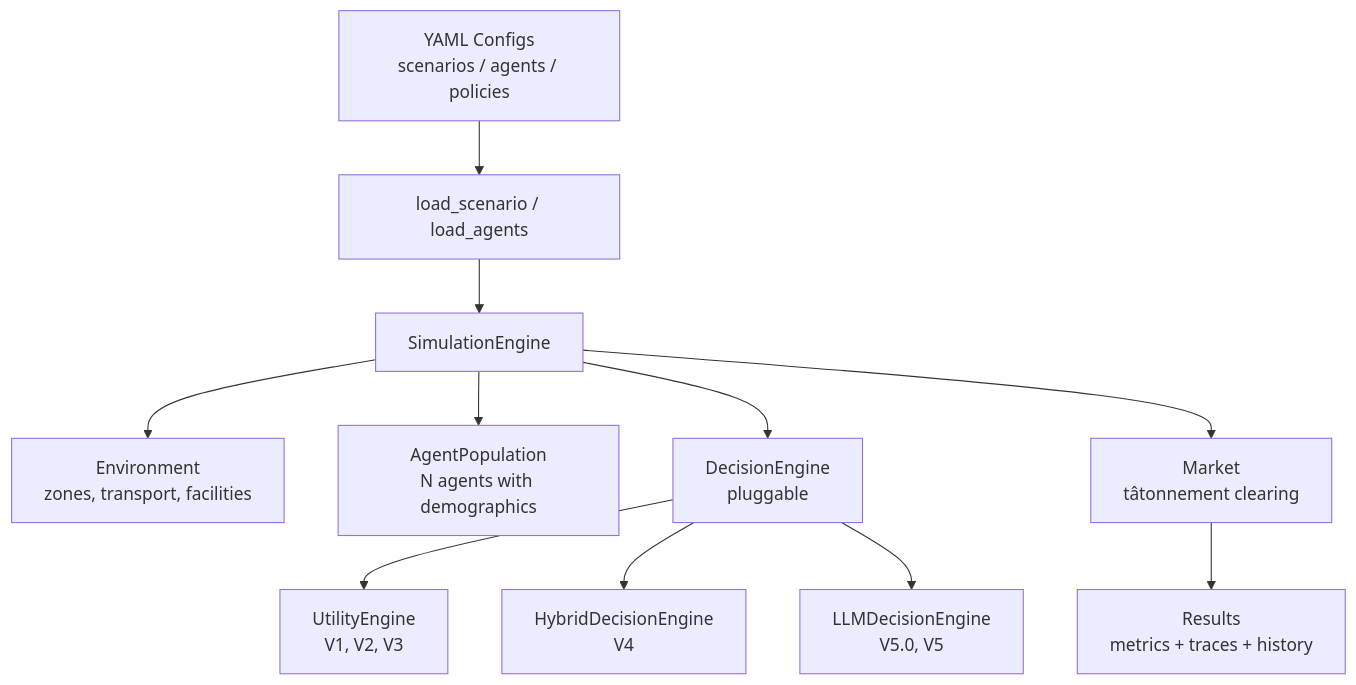
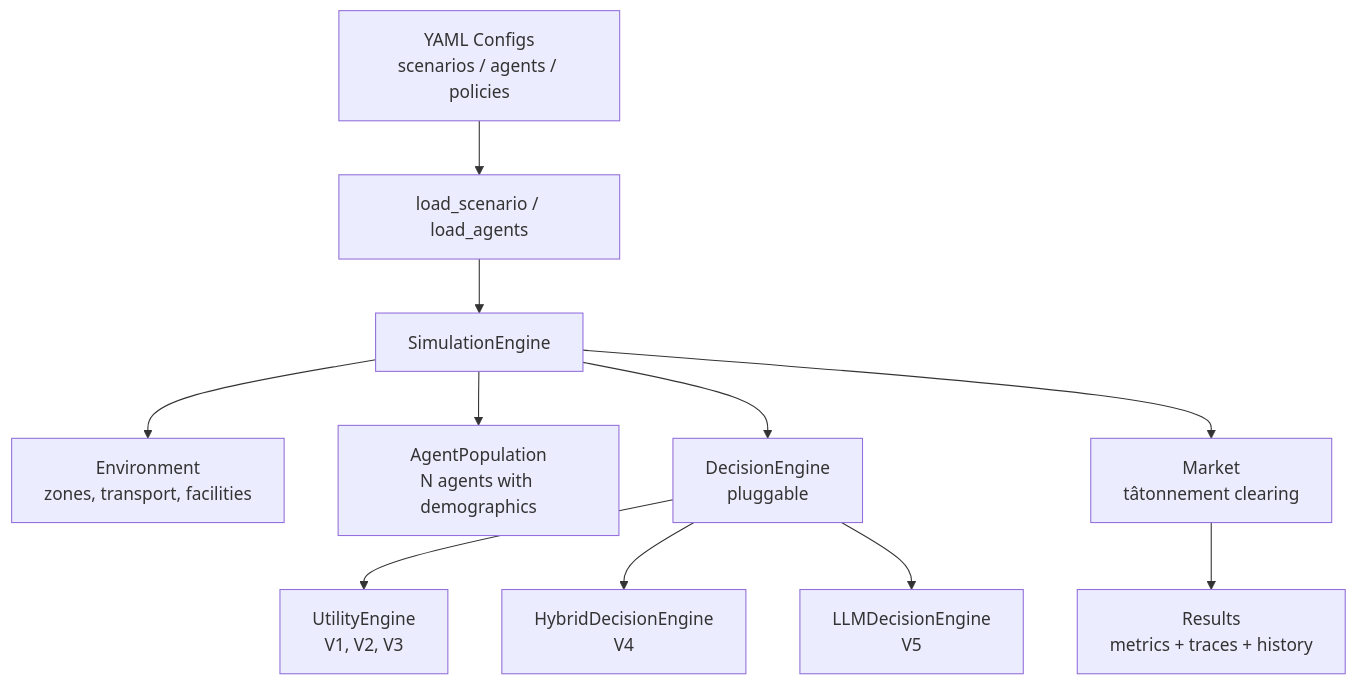
One commit to MASE-eLab/agent-urban-planning changed the first of 2 diagrams in docs/concepts/architecture.md. Above: the diagram before and after it, drawn with Mermaid. The commit also changed other lines of this file and 12 other files, not shown here.

````diff
--- a/docs/concepts/architecture.md
+++ b/docs/concepts/architecture.md
@@ -6,13 +6,13 @@
 ```{mermaid}
 flowchart TB
     Config[YAML Configs<br/>scenarios / agents / policies] --> Loader[load_scenario / load_agents]
     Loader --> Sim[SimulationEngine]
     Sim --> Env[Environment<br/>zones, transport, facilities]
     Sim --> Pop[AgentPopulation<br/>N agents with demographics]
     Sim --> Engine[DecisionEngine<br/>pluggable]
     Engine --> Util[UtilityEngine<br/>V1, V2, V3]
     Engine --> Hybrid[HybridDecisionEngine<br/>V4]
-    Engine --> LLM[LLMDecisionEngine<br/>V5.0, V5]
+    Engine --> LLM[LLMDecisionEngine<br/>V5]
     Sim --> Market[Market<br/>tâtonnement clearing]
     Market --> Results[Results<br/>metrics + traces + history]
 ```
````
